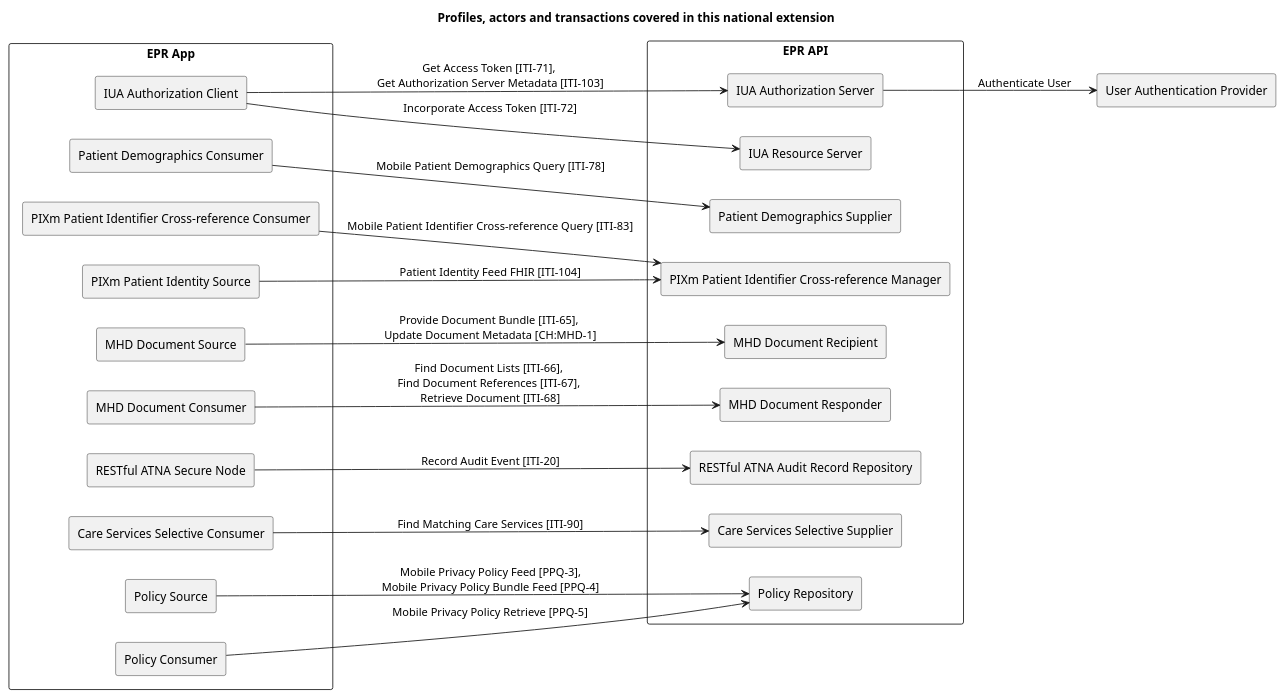
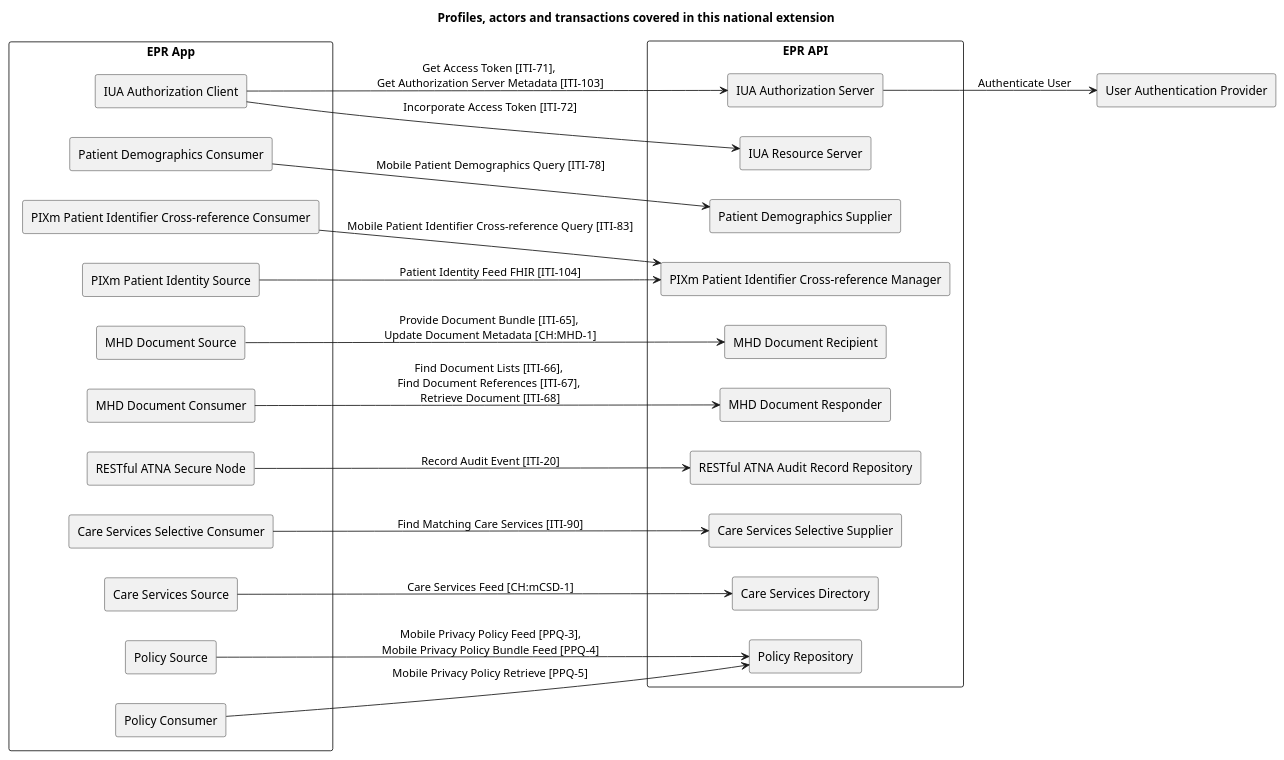
The diagram in input/images-source/overview.plantuml (ehealthsuisse/ch-epr-fhir), drawn with PlantUML before and after one commit. The commit also changed 12 other files, not shown here.

First line of the commit message:
Add the mCSD feed transaction (CH:mCSD-1)

```diff
--- a/input/images-source/overview.plantuml
+++ b/input/images-source/overview.plantuml
@@ -1,62 +1,65 @@
 @startuml
 
 title **Profiles, actors and transactions covered in this national extension**
 
 skinparam componentStyle rectangle
 skinparam svgDimensionStyle false
 
 left to right direction
 
 component "EPR App" {
   [IUA Authorization Client] as IUAClient
 
   [Patient Demographics Consumer] as PDQmConsumer
 
   [PIXm Patient Identifier Cross-reference Consumer] as PIXmConsumer
   [PIXm Patient Identity Source] as PIXmSource
 
   [MHD Document Source] as MHDSource
   [MHD Document Consumer] as MHDConsumer
 
   [RESTful ATNA Secure Node] as ATNANode
 
   [Care Services Selective Consumer] as mCSDSelectiveConsumer
+  [Care Services Source] as mCSDSelectiveSource
 
   [Policy Source] as PPQmPolicySource
   [Policy Consumer] as PPQmPolicyConsumer
 }
 
 component "EPR API" {
   [IUA Authorization Server] as IUAAuthServer
   IUAClient -> IUAAuthServer : Get Access Token [ITI-71], \nGet Authorization Server Metadata [ITI-103]
   [IUA Resource Server] as IUAResourceServer
   IUAClient --> IUAResourceServer : Incorporate Access Token [ITI-72]
 
   [Patient Demographics Supplier] as PDQmSupplier
   PDQmConsumer --> PDQmSupplier : Mobile Patient Demographics Query [ITI-78]
 
   [PIXm Patient Identifier Cross-reference Manager] as PIXmManager
   PIXmConsumer --> PIXmManager : Mobile Patient Identifier Cross-reference Query [ITI-83]
   PIXmSource --> PIXmManager : Patient Identity Feed FHIR [ITI-104]
 
   [MHD Document Recipient] as MHDRecipient
   MHDSource --> MHDRecipient : Provide Document Bundle [ITI-65], \nUpdate Document Metadata [CH:MHD-1]
 
   [MHD Document Responder] as MHDResponder
   MHDConsumer --> MHDResponder : Find Document Lists [ITI-66], \nFind Document References [ITI-67], \nRetrieve Document [ITI-68] 
 
   [RESTful ATNA Audit Record Repository] as ATNARepository
   ATNANode --> ATNARepository : Record Audit Event [ITI-20]
 
   [Care Services Selective Supplier] as mCSDSelectiveSupplier
   mCSDSelectiveConsumer --> mCSDSelectiveSupplier : Find Matching Care Services [ITI-90]
+  [Care Services Directory] as mCSDSelectiveDirectory
+  mCSDSelectiveSource --> mCSDSelectiveDirectory : Care Services Feed [CH:mCSD-1]
 
   [Policy Repository] as PPQmPolicyRepository
   PPQmPolicySource --> PPQmPolicyRepository : Mobile Privacy Policy Feed [PPQ-3],\nMobile Privacy Policy Bundle Feed [PPQ-4]
   PPQmPolicyConsumer --> PPQmPolicyRepository : Mobile Privacy Policy Retrieve [PPQ-5]
 }
 
 [User Authentication Provider] as UAProvider
 IUAAuthServer --> UAProvider : Authenticate User
 
 @enduml
```
